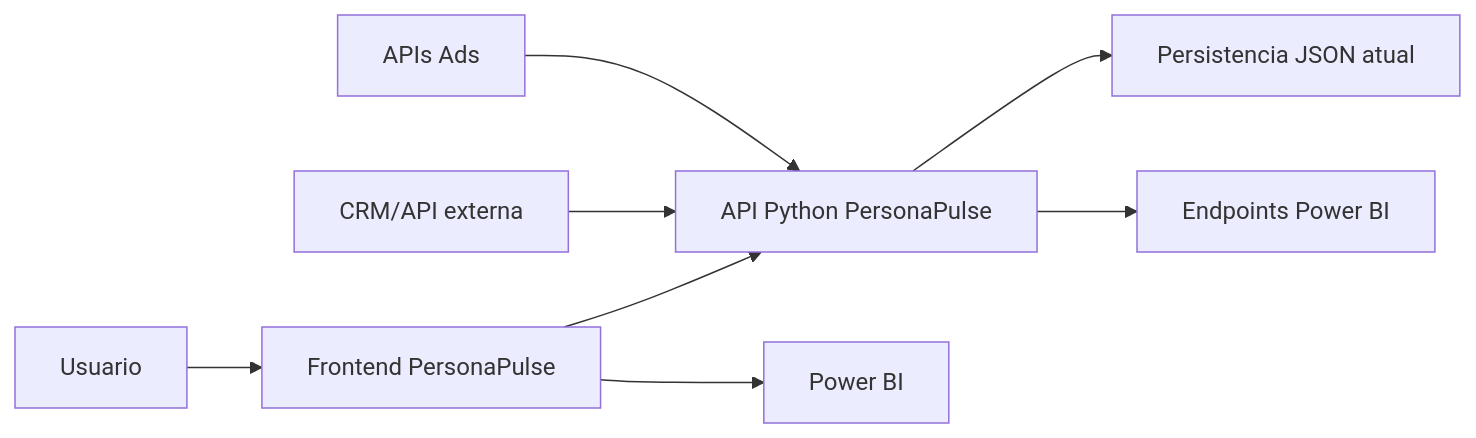
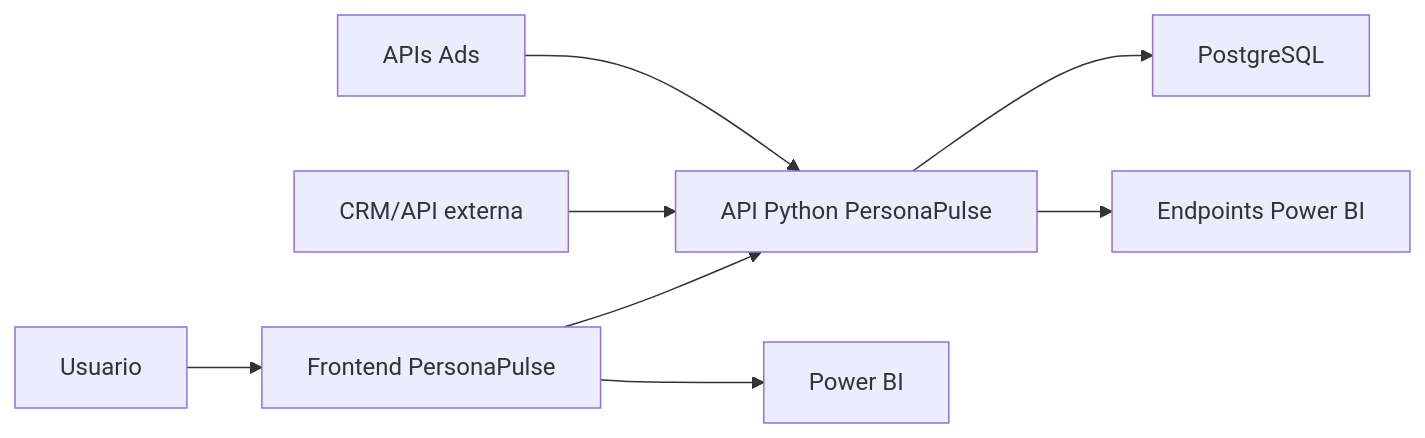
The diagram in docs/DESENVOLVIMENTO_TECNICO.md (cloudDataArch/personapulse-ai), drawn with Mermaid before and after one commit. The commit also changed other lines of this file and 4 other files, not shown here.

````diff
--- a/docs/DESENVOLVIMENTO_TECNICO.md
+++ b/docs/DESENVOLVIMENTO_TECNICO.md
@@ -11,10 +11,10 @@
 ```mermaid
 flowchart LR
   U["Usuario"] --> F["Frontend PersonaPulse"]
   F --> API["API Python PersonaPulse"]
-  API --> STORE["Persistencia JSON atual"]
+  API --> STORE["PostgreSQL"]
   F --> PBI["Power BI"]
   API --> PBIAPI["Endpoints Power BI"]
   CRM["CRM/API externa"] --> API
   ADS["APIs Ads"] --> API
 ```
````
